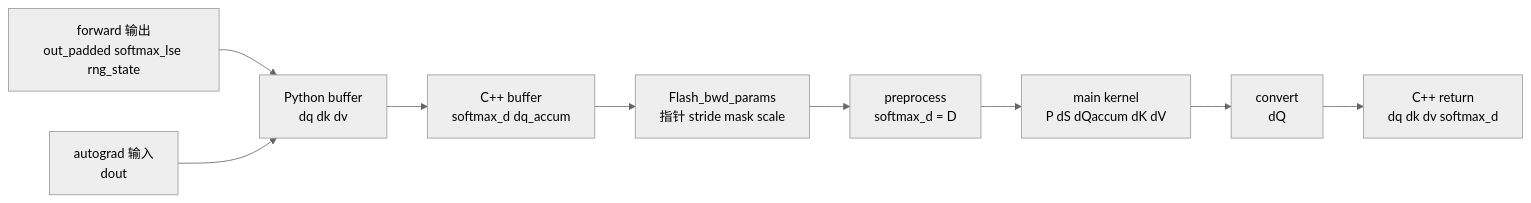
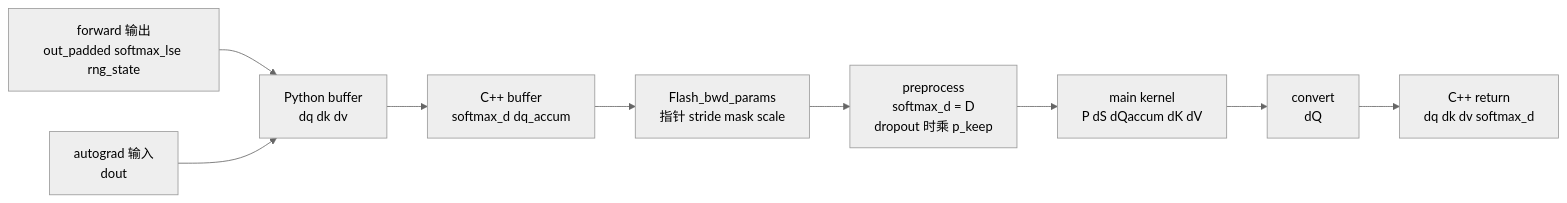
The diagram in flash-attn_reading/CUDA内核/Backward/FlashAttention-Backward-数据流.md (OnlyHero5/sglang-reading-vault), drawn with Mermaid (neutral theme) before and after one commit. The commit also changed other lines of this file and 512 other files, not shown here.

````diff
--- a/flash-attn_reading/CUDA内核/Backward/FlashAttention-Backward-数据流.md
+++ b/flash-attn_reading/CUDA内核/Backward/FlashAttention-Backward-数据流.md
@@ -22,14 +22,14 @@
 ```mermaid
 flowchart LR
     A["forward 输出<br/>out_padded softmax_lse rng_state"]
     B["autograd 输入<br/>dout"]
     C["Python buffer<br/>dq dk dv"]
     D["C++ buffer<br/>softmax_d dq_accum"]
     E["Flash_bwd_params<br/>指针 stride mask scale"]
-    F["preprocess<br/>softmax_d = D"]
+    F["preprocess<br/>softmax_d = D<br/>dropout 时乘 p_keep"]
     G["main kernel<br/>P dS dQaccum dK dV"]
     H["convert<br/>dQ"]
     I["C++ return<br/>dq dk dv softmax_d"]
     A --> C
     B --> C --> D --> E --> F --> G --> H --> I
 ```
````
